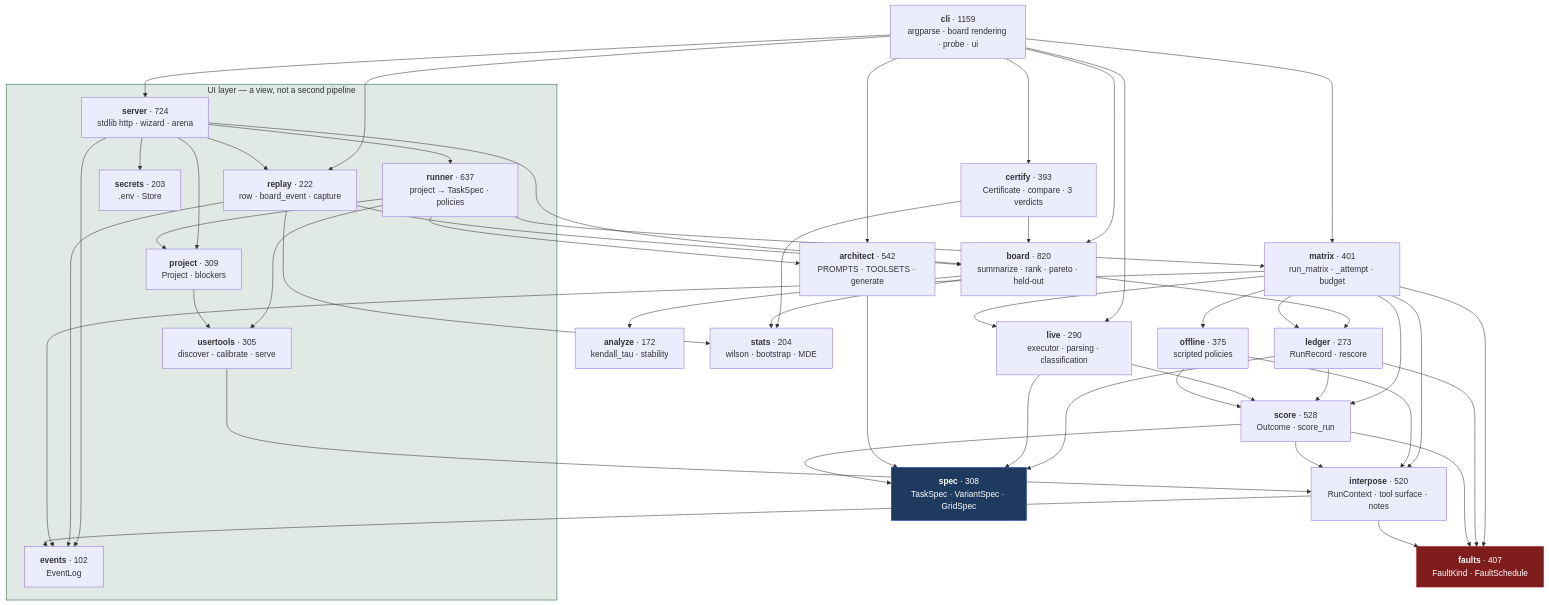
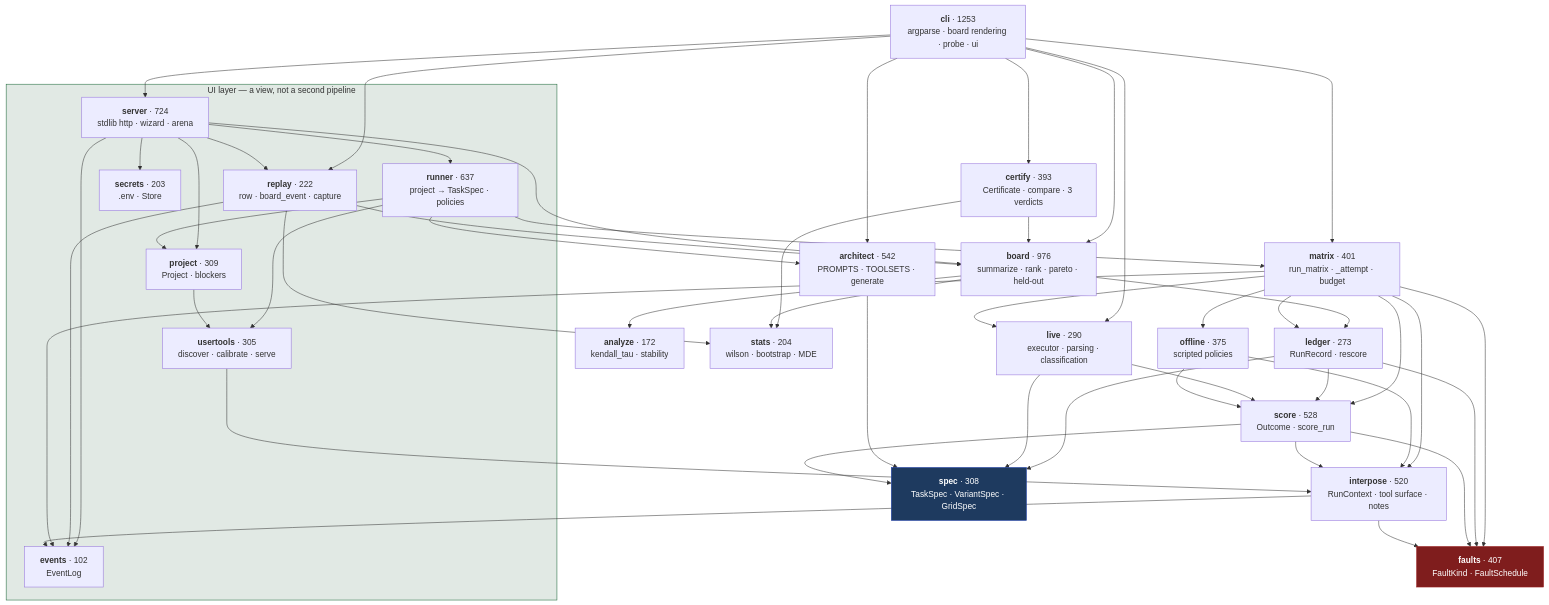
One commit to Mehul-Gupta-SMH/agent-gauntlet changed the first of 4 diagrams in docs/architecture/lld.md. Above: the diagram before and after it, drawn with Mermaid. The commit also changed other lines of this file and 5 other files, not shown here.

````diff
--- a/docs/architecture/lld.md
+++ b/docs/architecture/lld.md
@@ -9,47 +9,47 @@
 ```mermaid
 flowchart TD
     subgraph ui["UI layer — a view, not a second pipeline"]
         SERVER["<b>server</b> · 724<br/>stdlib http · wizard · arena"]
         RUNNER["<b>runner</b> · 637<br/>project → TaskSpec · policies"]
         USERT["<b>usertools</b> · 305<br/>discover · calibrate · serve"]
         PROJECT["<b>project</b> · 309<br/>Project · blockers"]
         SECRETS["<b>secrets</b> · 203<br/>.env · Store"]
         EVENTS["<b>events</b> · 102<br/>EventLog"]
         REPLAY["<b>replay</b> · 222<br/>row · board_event · capture"]
     end
 
-    CLI["<b>cli</b> · 1159<br/>argparse · board rendering · probe · ui"]
-    BOARD["<b>board</b> · 820<br/>summarize · rank · pareto · held-out"]
+    CLI["<b>cli</b> · 1253<br/>argparse · board rendering · probe · ui"]
+    BOARD["<b>board</b> · 976<br/>summarize · rank · pareto · held-out"]
     ARCH["<b>architect</b> · 542<br/>PROMPTS · TOOLSETS · generate"]
     SCORE["<b>score</b> · 528<br/>Outcome · score_run"]
     INTER["<b>interpose</b> · 520<br/>RunContext · tool surface · notes"]
     OFFLINE["<b>offline</b> · 375<br/>scripted policies"]
     MATRIX["<b>matrix</b> · 401<br/>run_matrix · _attempt · budget"]
     FAULTS["<b>faults</b> · 407<br/>FaultKind · FaultSchedule"]
     SPEC["<b>spec</b> · 308<br/>TaskSpec · VariantSpec · GridSpec"]
     LIVE["<b>live</b> · 290<br/>executor · parsing · classification"]
     LEDGER["<b>ledger</b> · 273<br/>RunRecord · rescore"]
     ANALYZE["<b>analyze</b> · 172<br/>kendall_tau · stability"]
     CERT["<b>certify</b> · 393<br/>Certificate · compare · 3 verdicts"]
     STATS["<b>stats</b> · 204<br/>wilson · bootstrap · MDE"]
 
     CLI --> BOARD & MATRIX & ARCH & LIVE & SERVER & CERT & REPLAY
     CERT --> BOARD & STATS
     SERVER --> PROJECT & RUNNER & SECRETS & EVENTS & BOARD & REPLAY
     REPLAY --> BOARD & EVENTS & STATS
     RUNNER --> MATRIX & USERT & PROJECT & ARCH
     PROJECT --> USERT
     USERT --> INTER
     BOARD --> LEDGER & ANALYZE & STATS
     MATRIX --> LEDGER & SCORE & LIVE & OFFLINE & INTER & FAULTS & EVENTS
     LEDGER --> SCORE & FAULTS & SPEC
     LIVE --> SCORE & SPEC
     OFFLINE --> INTER & SCORE
     ARCH --> SPEC
     SCORE --> INTER & FAULTS & SPEC
     INTER --> FAULTS & EVENTS
 
     style SPEC fill:#1e3a5f,stroke:#1e40af,color:#fff
     style FAULTS fill:#7f1d1d,stroke:#991b1b,color:#fff
     style ui fill:#14532d20,stroke:#166534
 ```
````
